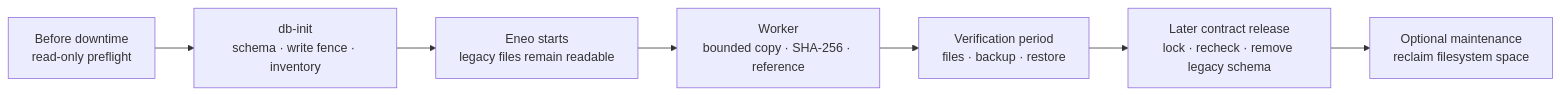
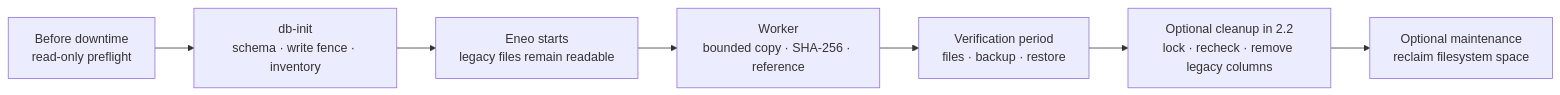
One commit to eneo-ai/eneo changed the diagram in frontend/apps/docs-site/src/content/guides/file-icon-storage-upgrade.mdx. Above: the diagram before and after it, drawn with Mermaid. The commit also changed other lines of this file and 45 other files, not shown here.

Commit message:
feat(storage): support optional File/Icon cleanup in 2.2

````diff
--- a/frontend/apps/docs-site/src/content/guides/file-icon-storage-upgrade.mdx
+++ b/frontend/apps/docs-site/src/content/guides/file-icon-storage-upgrade.mdx
@@ -70,9 +59,9 @@
 ```mermaid
 flowchart LR
   preflight["Before downtime\nread-only preflight"] --> expand["db-init\nschema · write fence · inventory"]
   expand --> online["Eneo starts\nlegacy files remain readable"]
   online --> adopt["Worker\nbounded copy · SHA-256 · reference"]
   adopt --> verify["Verification period\nfiles · backup · restore"]
-  verify --> contract["Later contract release\nlock · recheck · remove legacy schema"]
+  verify --> contract["Optional cleanup in 2.2\nlock · recheck · remove legacy columns"]
   contract --> reclaim["Optional maintenance\nreclaim filesystem space"]
 ```
````
